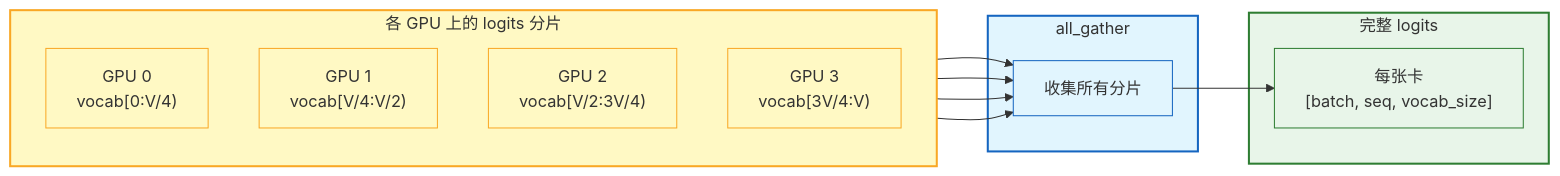
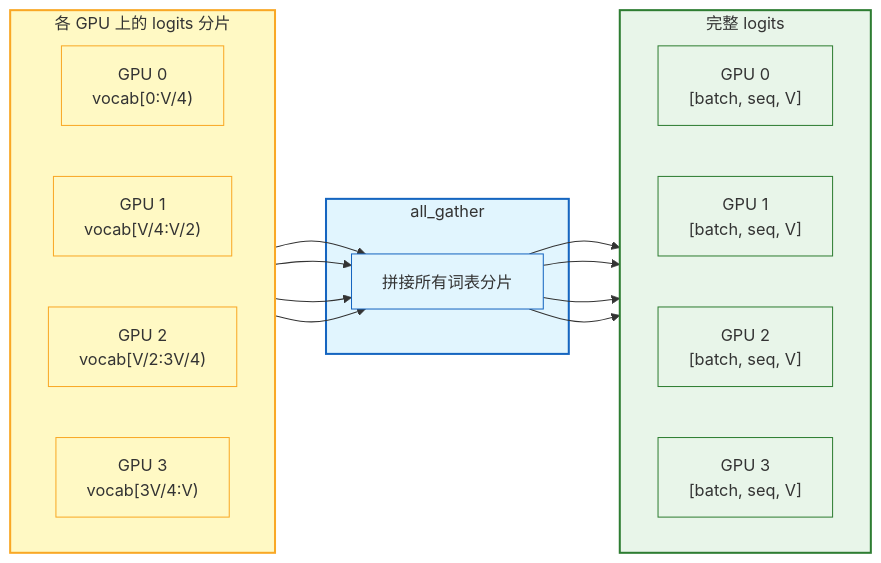
Diagram 13 of 18 in docs/fsdp2_tp_tutorial.md (jianzhnie/ScaleTorch), drawn with Mermaid before and after one commit. The commit also changed other lines of this file, not shown here.

````diff
--- a/docs/fsdp2_tp_tutorial.md
+++ b/docs/fsdp2_tp_tutorial.md
@@ -895,30 +1051,41 @@
 ```mermaid
 flowchart LR
     subgraph GPUs["各 GPU 上的 logits 分片"]
-        direction TB
+        direction LR
         G0["GPU 0\nvocab[0:V/4)"]
         G1["GPU 1\nvocab[V/4:V/2)"]
         G2["GPU 2\nvocab[V/2:3V/4)"]
         G3["GPU 3\nvocab[3V/4:V)"]
     end
 
     subgraph Comm["all_gather"]
-        A["收集所有分片"]
+        A["拼接所有词表分片"]
     end
 
     subgraph Out["完整 logits"]
-        Y["每张卡\n[batch, seq, vocab_size]"]
+        direction LR
+        Y0["GPU 0\n[batch, seq, V]"]
+        Y1["GPU 1\n[batch, seq, V]"]
+        Y2["GPU 2\n[batch, seq, V]"]
+        Y3["GPU 3\n[batch, seq, V]"]
     end
 
-    G0 & G1 & G2 & G3 --> A --> Y
+    G0 & G1 & G2 & G3 --> A
+    A --> Y0
+    A --> Y1
+    A --> Y2
+    A --> Y3
 
     style GPUs fill:#fff9c4,stroke:#f9a825,stroke-width:2px
     style Comm fill:#e1f5fe,stroke:#1565c0,stroke-width:2px
     style Out fill:#e8f5e9,stroke:#2e7d32,stroke-width:2px
     style G0 fill:#fff9c4,stroke:#f9a825
     style G1 fill:#fff9c4,stroke:#f9a825
     style G2 fill:#fff9c4,stroke:#f9a825
     style G3 fill:#fff9c4,stroke:#f9a825
     style A fill:#e1f5fe,stroke:#1565c0
-    style Y fill:#e8f5e9,stroke:#2e7d32
+    style Y0 fill:#e8f5e9,stroke:#2e7d32
+    style Y1 fill:#e8f5e9,stroke:#2e7d32
+    style Y2 fill:#e8f5e9,stroke:#2e7d32
+    style Y3 fill:#e8f5e9,stroke:#2e7d32
 ```
````
